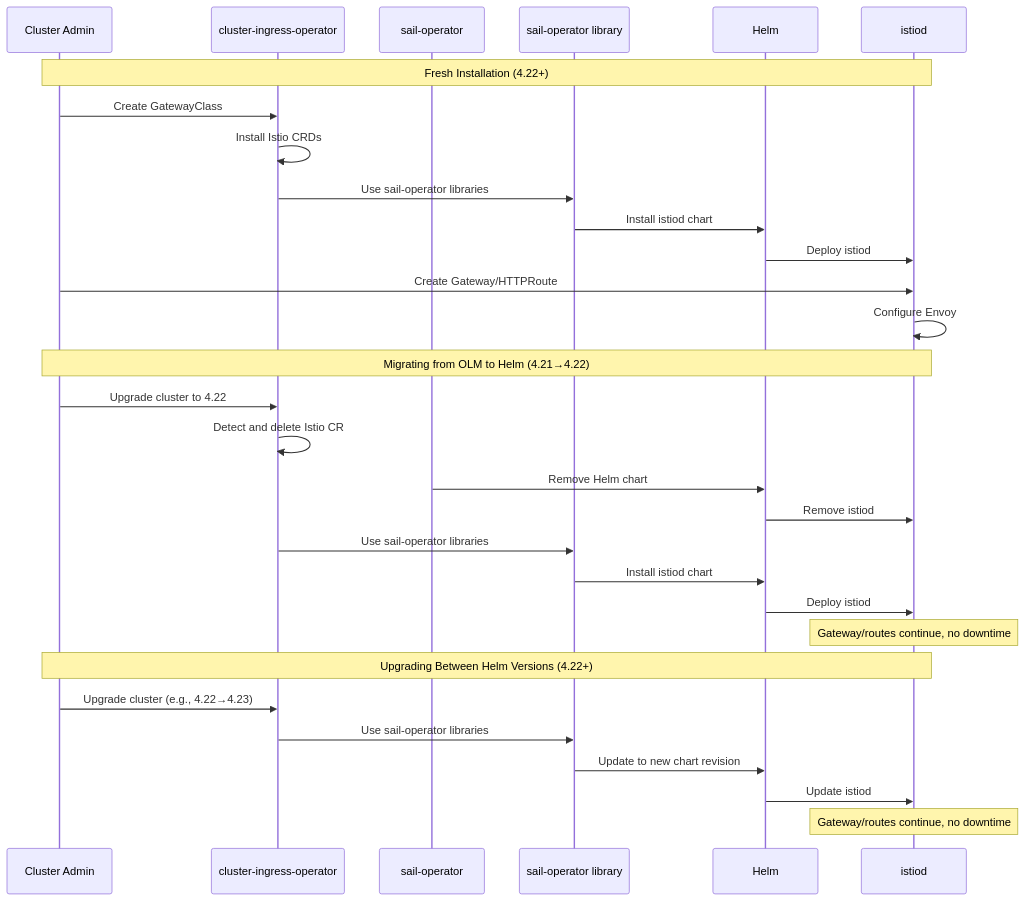
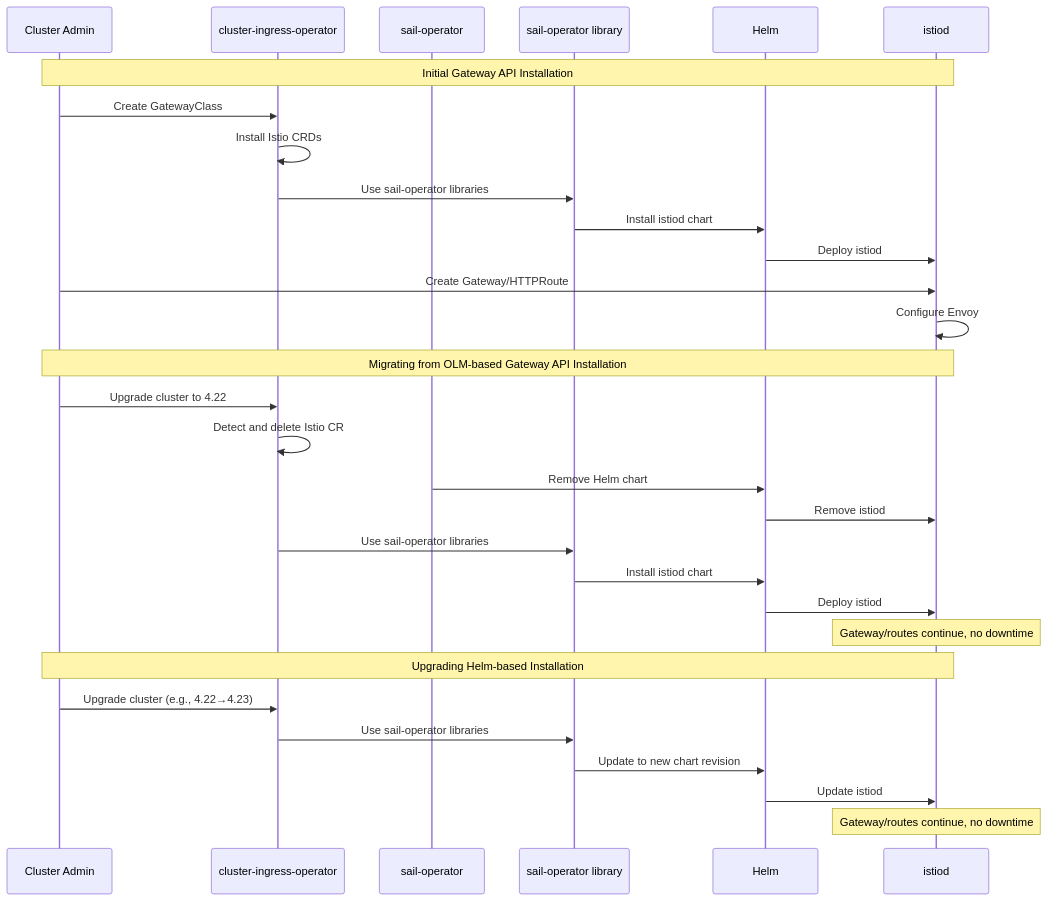
One commit to openshift/enhancements changed the diagram in enhancements/ingress/gateway-api-without-olm.md. Above: the diagram before and after it, drawn with Mermaid. The commit also changed other lines of this file, not shown here.

First line of the commit message:
NE-2470: Gateway API without OLM

````diff
--- a/enhancements/ingress/gateway-api-without-olm.md
+++ b/enhancements/ingress/gateway-api-without-olm.md
@@ -171,35 +179,35 @@
 ```mermaid
 sequenceDiagram
     participant Admin as Cluster Admin
     participant CIO as cluster-ingress-operator
     participant SO as sail-operator
     participant Sail as sail-operator library
     participant Helm as Helm
     participant Istiod as istiod
 
-    Note over Admin,Istiod: Fresh Installation (4.22+)
+    Note over Admin,Istiod: Initial Gateway API Installation
     Admin->>CIO: Create GatewayClass
     CIO->>CIO: Install Istio CRDs
     CIO->>Sail: Use sail-operator libraries
     Sail->>Helm: Install istiod chart
     Helm->>Istiod: Deploy istiod
     Admin->>Istiod: Create Gateway/HTTPRoute
     Istiod->>Istiod: Configure Envoy
 
-    Note over Admin,Istiod: Migrating from OLM to Helm (4.21→4.22)
+    Note over Admin,Istiod: Migrating from OLM-based Gateway API Installation
     Admin->>CIO: Upgrade cluster to 4.22
     CIO->>CIO: Detect and delete Istio CR
     SO->>Helm: Remove Helm chart
     Helm->>Istiod: Remove istiod
     CIO->>Sail: Use sail-operator libraries
     Sail->>Helm: Install istiod chart
     Helm->>Istiod: Deploy istiod
     Note over Istiod: Gateway/routes continue, no downtime
 
-    Note over Admin,Istiod: Upgrading Between Helm Versions (4.22+)
+    Note over Admin,Istiod: Upgrading Helm-based Installation
     Admin->>CIO: Upgrade cluster (e.g., 4.22→4.23)
     CIO->>Sail: Use sail-operator libraries
     Sail->>Helm: Update to new chart revision
     Helm->>Istiod: Update istiod
     Note over Istiod: Gateway/routes continue, no downtime
 ```
````
